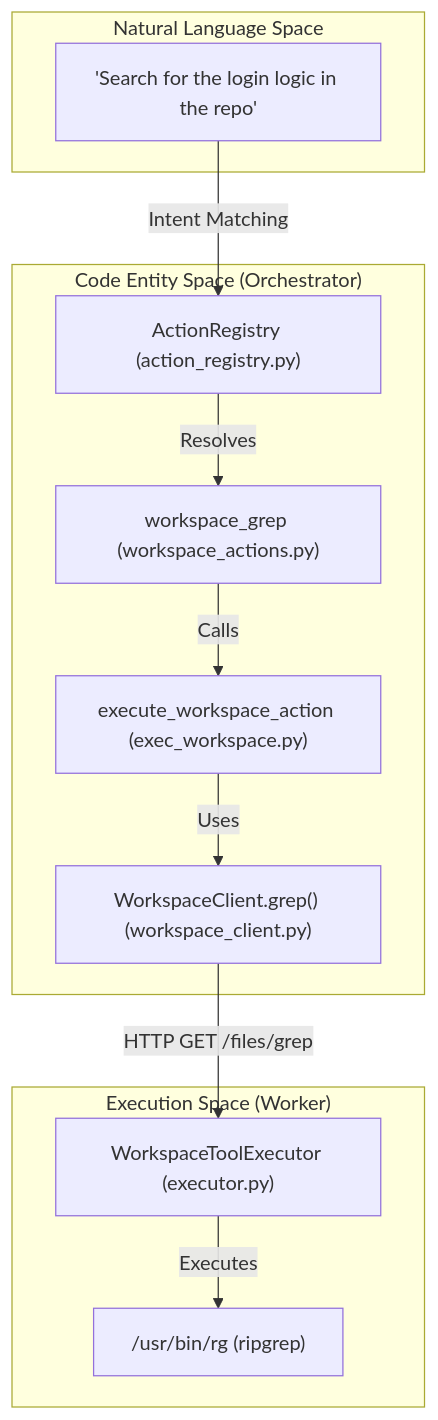
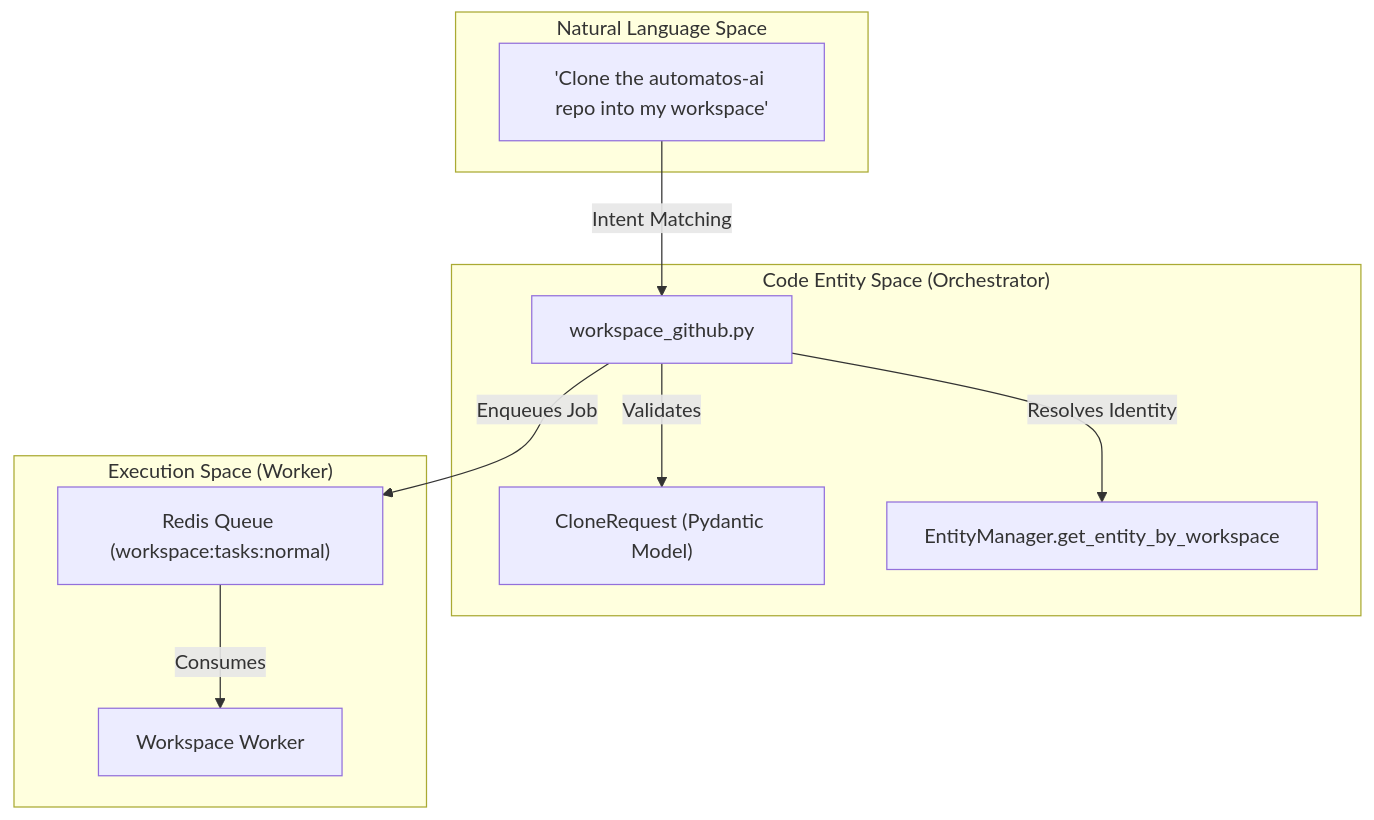
Before and after one commit to AutomatosAI/automatos-ai: the second of 2 diagrams in docs/workspace-execution/github-integration.md, drawn with Mermaid. The commit also changed other lines of this file and 191 other files, not shown here.

````diff
--- a/docs/workspace-execution/github-integration.md
+++ b/docs/workspace-execution/github-integration.md
@@ -94,25 +96,23 @@
 ```mermaid
 graph TD
     subgraph "Natural Language Space"
-        NL["'Search for the login logic in the repo'"]
+        NL["'Clone the automatos-ai repo into my workspace'"]
     end
 
     subgraph "Code Entity Space (Orchestrator)"
-        AR["ActionRegistry (action_registry.py)"]
-        WA["workspace_grep (workspace_actions.py)"]
-        WC["WorkspaceClient.grep() (workspace_client.py)"]
-        EWA["execute_workspace_action (exec_workspace.py)"]
+        API["workspace_github.py"]
+        CR["CloneRequest (Pydantic Model)"]
+        EM["EntityManager.get_entity_by_workspace"]
     end
 
     subgraph "Execution Space (Worker)"
-        WTE["WorkspaceToolExecutor (executor.py)"]
-        CMD["/usr/bin/rg (ripgrep)"]
+        RED["Redis Queue (workspace:tasks:normal)"]
+        WRK["Workspace Worker"]
     end
 
-    NL -->|Intent Matching| AR
-    AR -->|Resolves| WA
-    WA -->|Calls| EWA
-    EWA -->|Uses| WC
-    WC -->|HTTP GET /files/grep| WTE
-    WTE -->|Executes| CMD
+    NL -->|Intent Matching| API
+    API -->|Validates| CR
+    API -->|Resolves Identity| EM
+    API -->|Enqueues Job| RED
+    RED -->|Consumes| WRK
 ```
````
